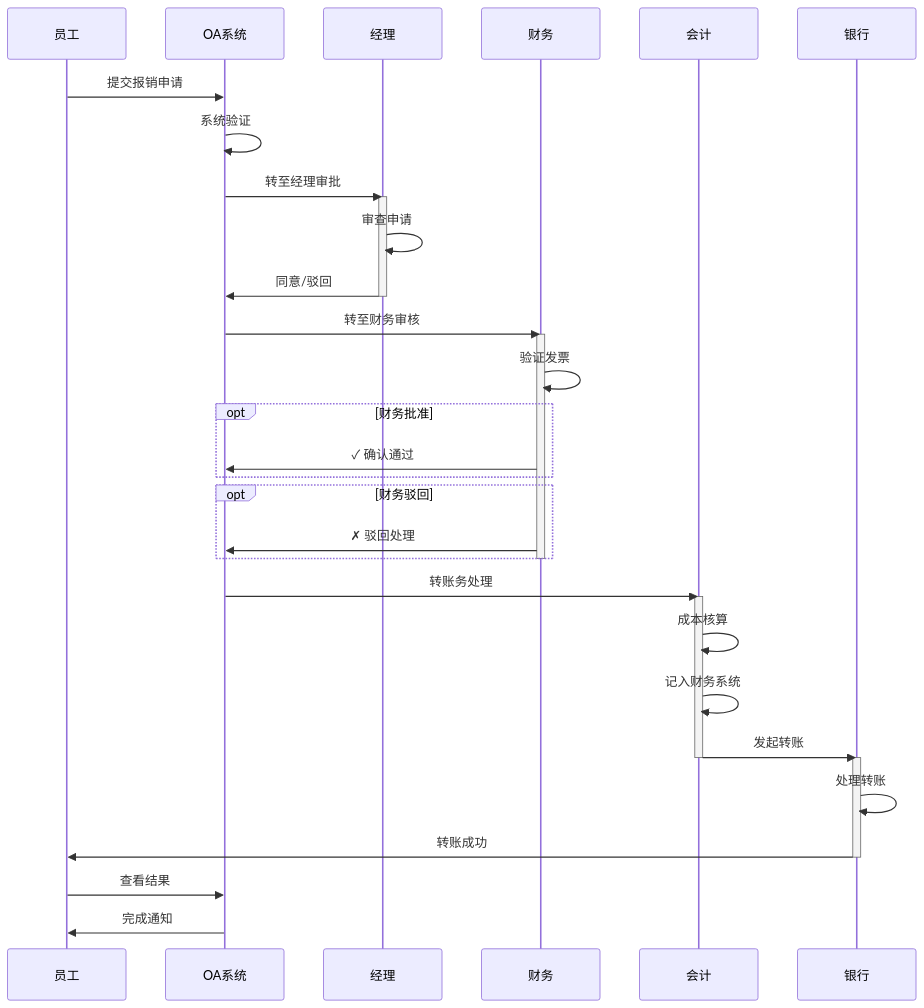
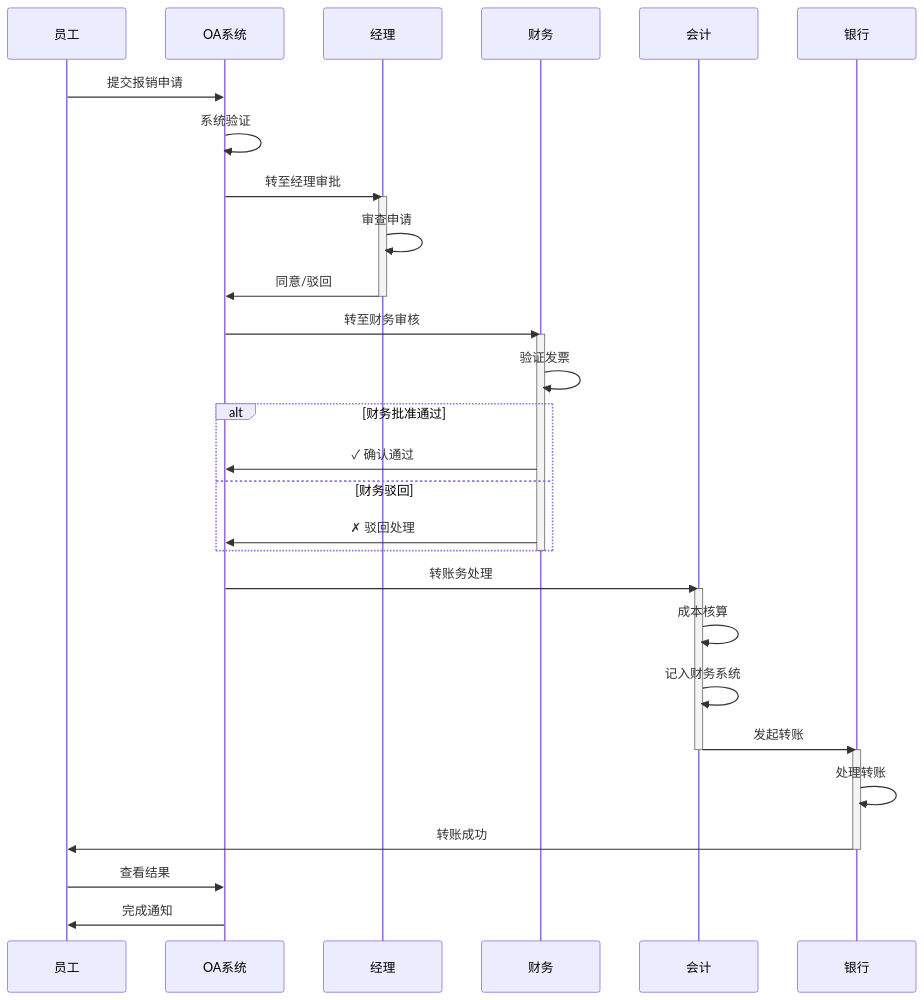
The diagram in examples/oa_reimbursement_flow.mmd (Hao430/mermaid-cli), drawn with Mermaid before and after one commit. The commit also changed 2 other files, not shown here.

Commit message:
feat: 时序图条件框完整渲染
实现 Sequence Diagram 的 alt/else 条件框边界绘制：
- 完整的矩形框边界（上、下、左、右四条边）
- 横跨所有参与者的条件框
- 清晰的条件标签和分支说明
- 条件框内的分支分割线

改进细节：
- 条件框宽度动态计算（min/max 参与者位置）
- 使用 1.5px 边框宽度增强视觉对比
- 标签使用加粗字体便于识别

测试：OA 财务系统时序图
- alt 财务批准通过
- else 财务驳回

```diff
--- a/examples/oa_reimbursement_flow.mmd
+++ b/examples/oa_reimbursement_flow.mmd
@@ -1,42 +1,41 @@
 sequenceDiagram
     participant Employee as 员工
     participant OAApp as OA系统
     participant Manager as 经理
     participant Finance as 财务
     participant Accountant as 会计
     participant Bank as 银行
 
     Employee->>OAApp: 提交报销申请
     OAApp->>OAApp: 系统验证
     OAApp->>Manager: 转至经理审批
 
     activate Manager
     Manager->>Manager: 审查申请
     Manager->>OAApp: 同意/驳回
     deactivate Manager
 
     OAApp->>Finance: 转至财务审核
     activate Finance
     Finance->>Finance: 验证发票
-    opt 财务批准
+    alt 财务批准通过
         Finance->>OAApp: ✓ 确认通过
-    end
-    opt 财务驳回
+    else 财务驳回
         Finance->>OAApp: ✗ 驳回处理
     end
     deactivate Finance
 
     OAApp->>Accountant: 转账务处理
     activate Accountant
     Accountant->>Accountant: 成本核算
     Accountant->>Accountant: 记入财务系统
     Accountant->>Bank: 发起转账
     deactivate Accountant
 
     activate Bank
     Bank->>Bank: 处理转账
     Bank->>Employee: 转账成功
     deactivate Bank
 
     Employee->>OAApp: 查看结果
     OAApp->>Employee: 完成通知
```
